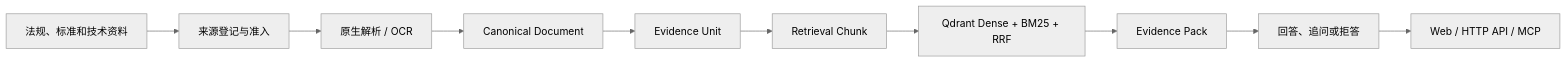
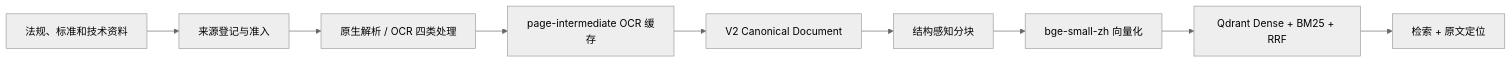
One commit to weixiaocan/env-reg-rag changed the diagram in docs/ARCHITECTURE.md. Above: the diagram before and after it, drawn with Mermaid (neutral theme). The commit also changed other lines of this file and 99 other files, not shown here.

````diff
--- a/docs/ARCHITECTURE.md
+++ b/docs/ARCHITECTURE.md
@@ -5,12 +5,11 @@
 ```mermaid
 flowchart LR
     PDF[法规、标准和技术资料] --> REG[来源登记与准入]
-    REG --> PARSE[原生解析 / OCR]
-    PARSE --> DOC[Canonical Document]
-    DOC --> EV[Evidence Unit]
-    EV --> CHUNK[Retrieval Chunk]
-    CHUNK --> QD[Qdrant Dense + BM25 + RRF]
-    QD --> PACK[Evidence Pack]
-    PACK --> QA[回答、追问或拒答]
-    QA --> API[Web / HTTP API / MCP]
+    REG --> PARSE[原生解析 / OCR 四类处理]
+    PARSE --> PAGE[page-intermediate OCR 缓存]
+    PAGE --> DOC[V2 Canonical Document]
+    DOC --> CHUNK[结构感知分块]
+    CHUNK --> VEC[bge-small-zh 向量化]
+    VEC --> QD[Qdrant Dense + BM25 + RRF]
+    QD --> RET[检索 + 原文定位]
 ```
````
